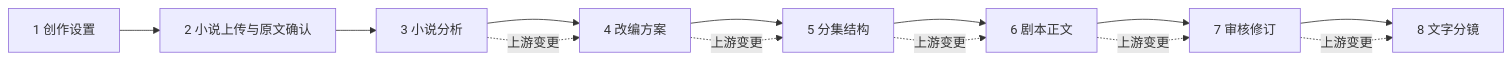
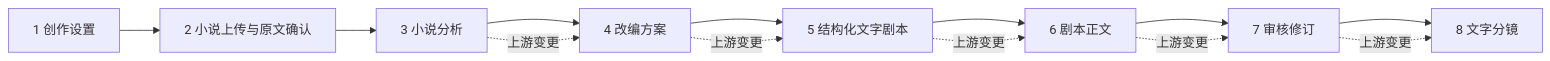
The first of 2 diagrams in 漫剧视频创作平台_PRD.md (chuck0824/ai-comic-platform), drawn with Mermaid before and after one commit. The commit also changed other lines of this file and 6 other files, not shown here.

````diff
--- a/漫剧视频创作平台_PRD.md
+++ b/漫剧视频创作平台_PRD.md
@@ -132,15 +132,15 @@
 ```mermaid
 flowchart LR
     A["1 创作设置"] --> B["2 小说上传与原文确认"]
     B --> C["3 小说分析"]
     C --> D["4 改编方案"]
-    D --> E["5 分集结构"]
+    D --> E["5 结构化文字剧本"]
     E --> F["6 剧本正文"]
     F --> G["7 审核修订"]
     G --> H["8 文字分镜"]
     C -.上游变更.-> D
     D -.上游变更.-> E
     E -.上游变更.-> F
     F -.上游变更.-> G
     G -.上游变更.-> H
 ```
````
